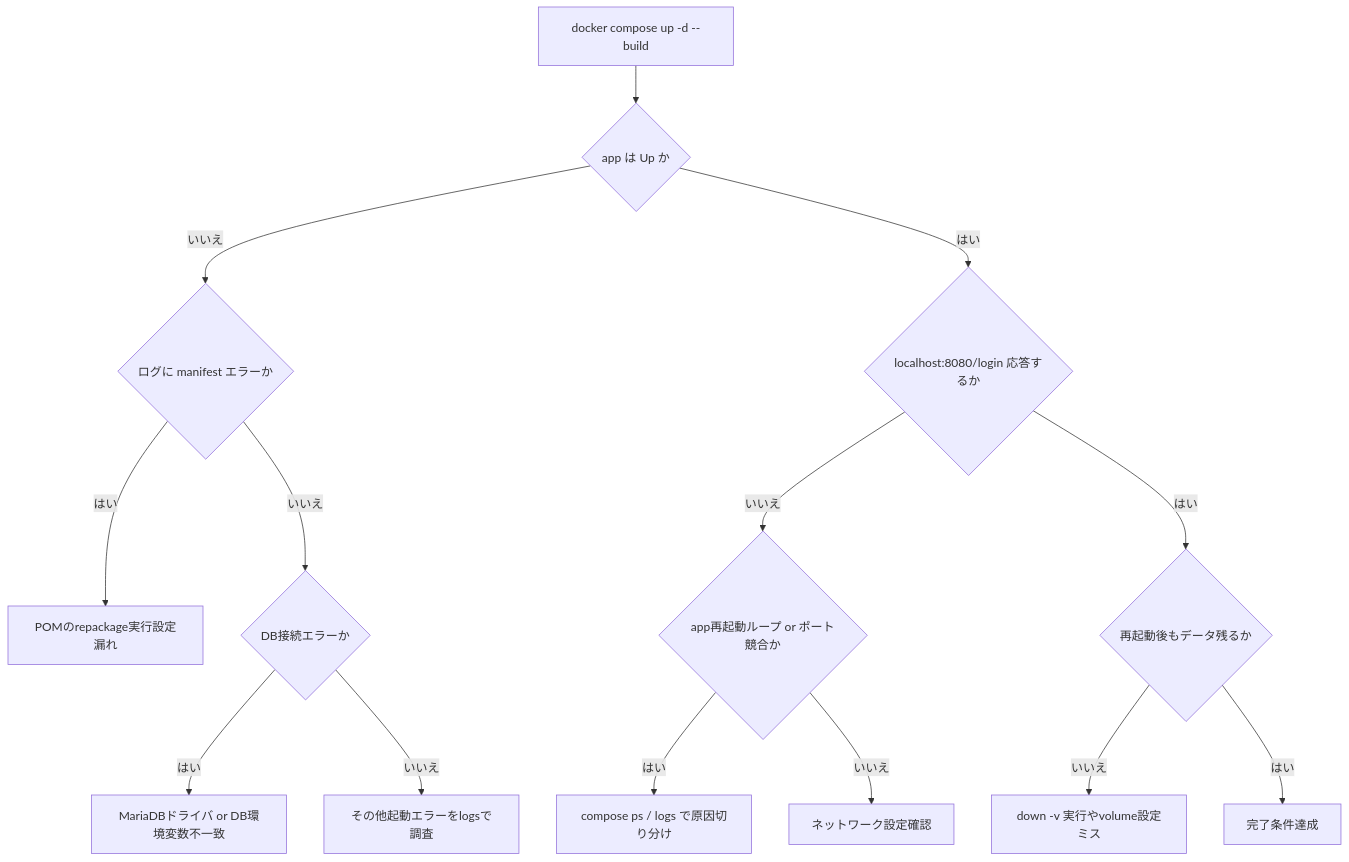
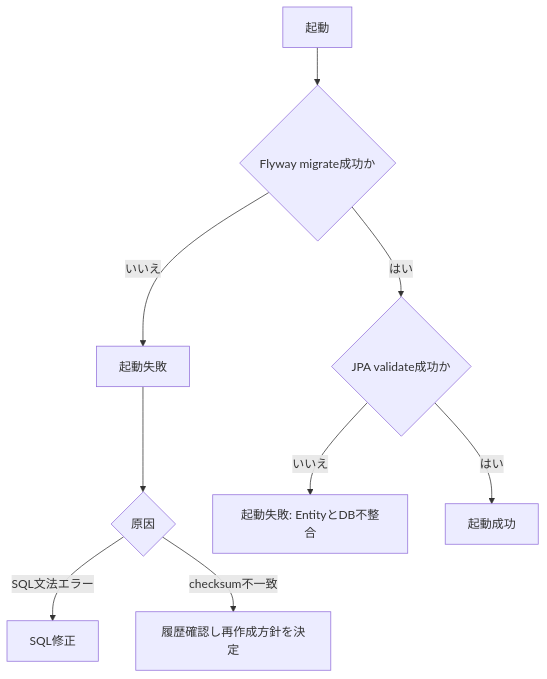
Before and after one commit to kiyomiya38/order-management-springboot: the third of 3 diagrams in docs/curriculum/springboot/lesson07/lesson7.md, drawn with Mermaid. The commit also changed other lines of this file and 82 other files, not shown here.

````diff
--- a/docs/curriculum/springboot/lesson07/lesson7.md
+++ b/docs/curriculum/springboot/lesson07/lesson7.md
@@ -92,18 +69,11 @@
 ```mermaid
 flowchart TD
-  A[docker compose up -d --build] --> B{app は Up か}
-  B -->|いいえ| C{ログに manifest エラーか}
-  C -->|はい| E1[POMのrepackage実行設定漏れ]
-  C -->|いいえ| D{DB接続エラーか}
-  D -->|はい| E2[MariaDBドライバ or DB環境変数不一致]
-  D -->|いいえ| E3[その他起動エラーをlogsで調査]
-
-  B -->|はい| F{localhost:8080/login 応答するか}
-  F -->|いいえ| G{app再起動ループ or ポート競合か}
-  G -->|はい| E4[compose ps / logs で原因切り分け]
-  G -->|いいえ| E5[ネットワーク設定確認]
-
-  F -->|はい| H{再起動後もデータ残るか}
-  H -->|いいえ| E6[down -v 実行やvolume設定ミス]
-  H -->|はい| OK[完了条件達成]
+  A[起動] --> M{Flyway migrate成功か}
+  M -->|いいえ| E1[起動失敗]
+  E1 --> P1{原因}
+  P1 -->|SQL文法エラー| C1[SQL修正]
+  P1 -->|checksum不一致| C2[履歴確認し再作成方針を決定]
+  M -->|はい| V{JPA validate成功か}
+  V -->|いいえ| E2[起動失敗: EntityとDB不整合]
+  V -->|はい| OK[起動成功]
 ```
````
